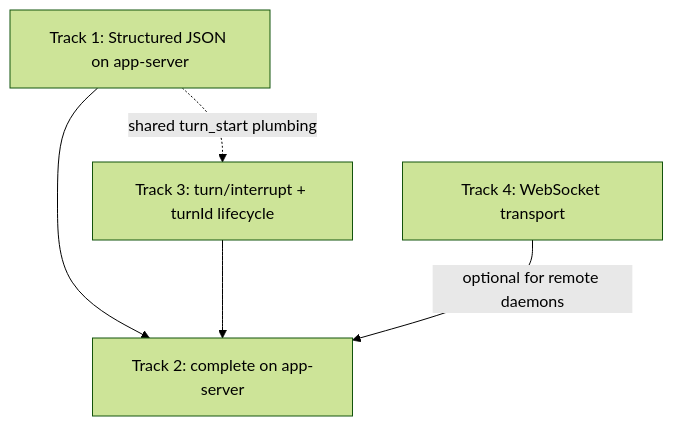
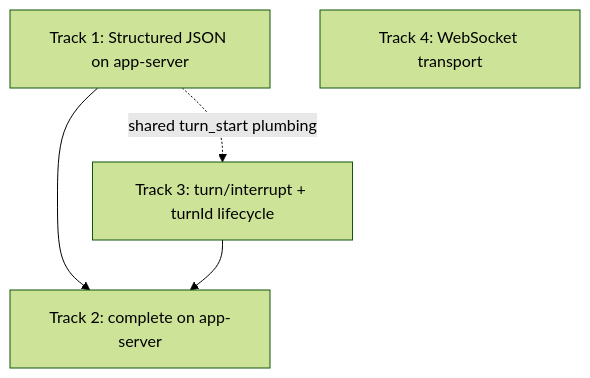
The diagram in docs/superpowers/plans/2026-05-25-codex-app-server-v2.md (midwestman35/triage-cli), drawn with Mermaid (forest theme) before and after one commit. The commit also changed other lines of this file and 17 other files, not shown here.

````diff
--- a/docs/superpowers/plans/2026-05-25-codex-app-server-v2.md
+++ b/docs/superpowers/plans/2026-05-25-codex-app-server-v2.md
@@ -33,11 +33,10 @@
 ```mermaid
 flowchart TD
   A[Track 1: Structured JSON on app-server]
   B[Track 2: complete on app-server]
   C[Track 3: turn/interrupt + turnId lifecycle]
   D[Track 4: WebSocket transport]
   A --> B
   C --> B
   A -.->|shared turn_start plumbing| C
-  D -->|optional for remote daemons| B
 ```
````
